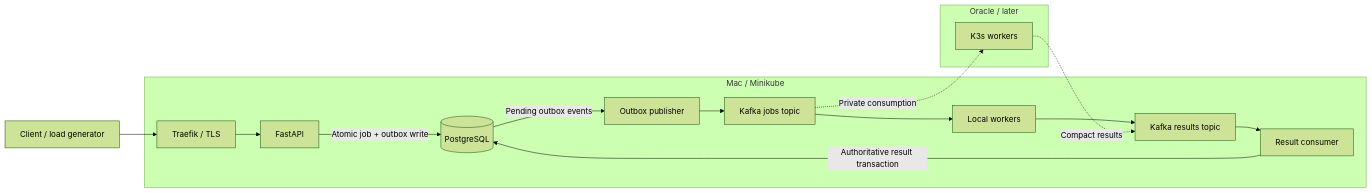
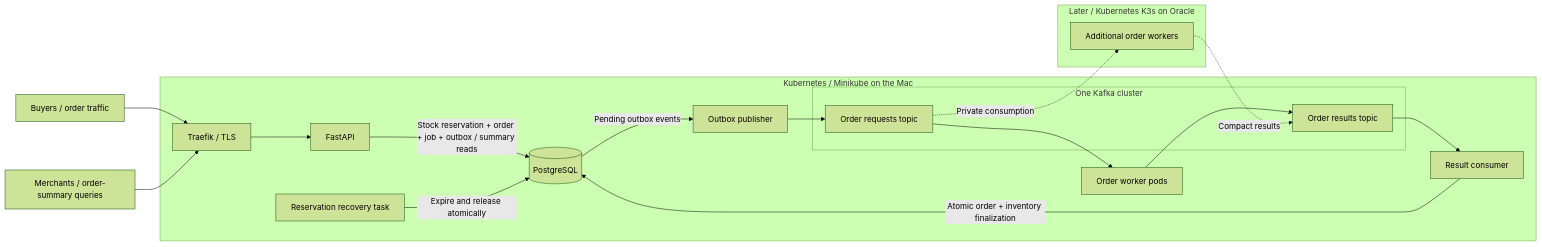
The diagram in docs/plan.md (thiagogenez/labflow), drawn with Mermaid (forest theme) before and after one commit. The commit also changed other lines of this file and 1 other file, not shown here.

Commit message:
docs: define orders inventory and merchant summary contract

````diff
--- a/docs/plan.md
+++ b/docs/plan.md
@@ -17,19 +19,25 @@
 ```mermaid
 flowchart LR
-    Client[Client / load generator] --> Ingress[Traefik / TLS]
-    subgraph Core[Mac / Minikube]
+    Buyers[Buyers / order traffic] --> Ingress[Traefik / TLS]
+    Merchants[Merchants / order-summary queries] --> Ingress
+    subgraph Core[Kubernetes / Minikube on the Mac]
         Ingress --> API[FastAPI]
-        API -->|Atomic job + outbox write| DB[(PostgreSQL)]
+        API -->|Stock reservation + order + job + outbox / summary reads| DB[(PostgreSQL)]
         DB -->|Pending outbox events| Relay[Outbox publisher]
-        Relay --> Jobs[Kafka jobs topic]
-        Jobs --> Workers[Local workers]
-        Workers --> Results[Kafka results topic]
+        subgraph Kafka[One Kafka cluster]
+            Jobs[Order requests topic]
+            Results[Order results topic]
+        end
+        Relay --> Jobs
+        Jobs --> Workers[Order worker pods]
+        Workers --> Results
         Results --> Writer[Result consumer]
-        Writer -->|Authoritative result transaction| DB
+        Writer -->|Atomic order + inventory finalization| DB
+        Recovery[Reservation recovery task] -->|Expire and release atomically| DB
     end
-    subgraph Remote[Oracle / later]
-        RemoteWorkers[K3s workers]
+    subgraph Remote[Later / Kubernetes K3s on Oracle]
+        RemoteWorkers[Additional order workers]
     end
     Jobs -.->|Private consumption| RemoteWorkers
     RemoteWorkers -.->|Compact results| Results
 ```
````
